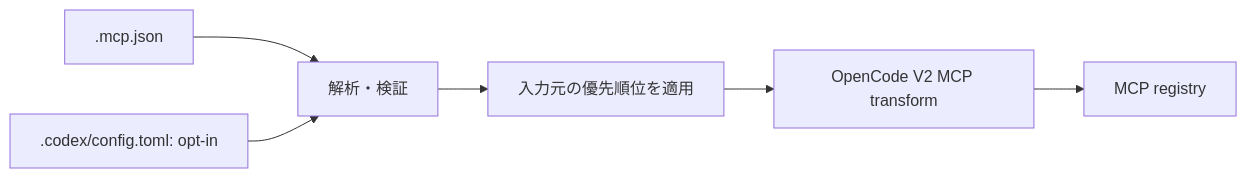
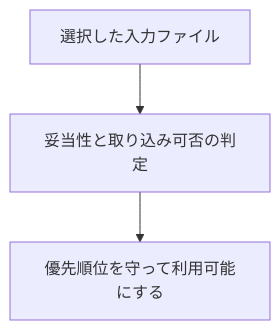
Before and after one commit to wizaman/opencode-mcp-config-importer: the diagram in docs/prd.md, drawn with Mermaid. The commit also changed other lines of this file and 6 other files, not shown here.

````diff
--- a/docs/prd.md
+++ b/docs/prd.md
@@ -269,8 +274,5 @@
 ```mermaid
-flowchart LR
-    A[.mcp.json] --> C[解析・検証]
-    B[.codex/config.toml: opt-in] --> C
-    C --> D[入力元の優先順位を適用]
-    D --> E[OpenCode V2 MCP transform]
-    E --> F[MCP registry]
+flowchart TB
+    A[選択した入力ファイル] --> B[妥当性と取り込み可否の判定]
+    B --> C[優先順位を守って利用可能にする]
 ```
````
